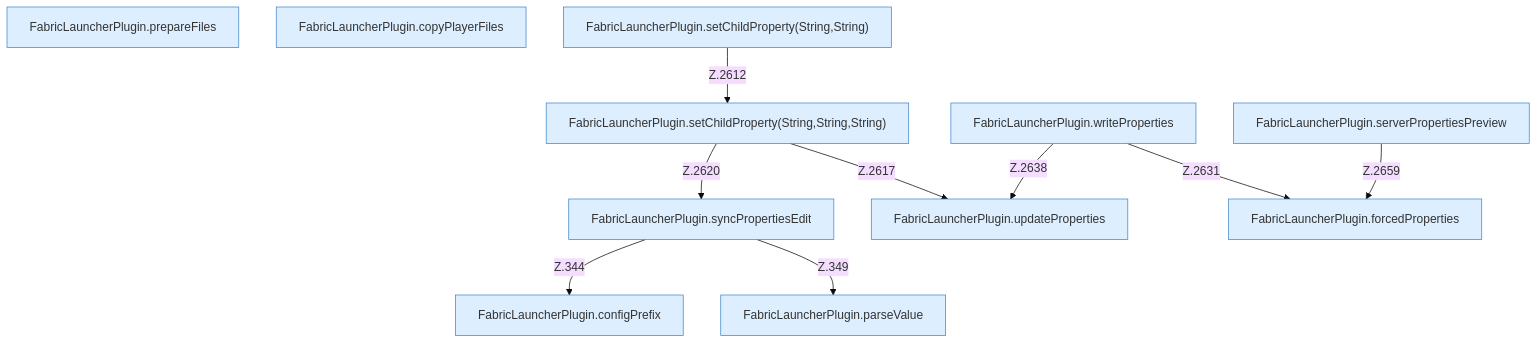
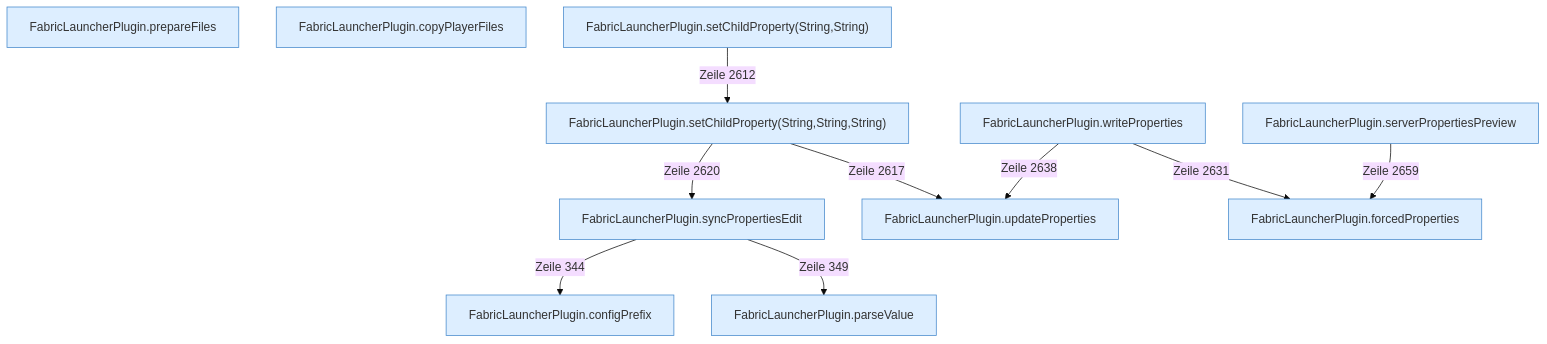
The diagram in Properties.md (PrinceDiamant/minecraft-serverhoster-plugin), drawn with Mermaid (base theme) before and after one commit. The commit also changed other lines of this file and 2005 other files, not shown here.

````diff
--- a/Properties.md
+++ b/Properties.md
@@ -5,24 +5,24 @@
 ```mermaid
 flowchart TD
   n1["FabricLauncherPlugin.syncPropertiesEdit"]:::internal-link
   n2["FabricLauncherPlugin.configPrefix"]:::internal-link
   n3["FabricLauncherPlugin.prepareFiles"]:::internal-link
   n4["FabricLauncherPlugin.copyPlayerFiles"]:::internal-link
   n5["FabricLauncherPlugin.parseValue"]:::internal-link
   n6["FabricLauncherPlugin.setChildProperty(String,String)"]:::internal-link
   n7["FabricLauncherPlugin.setChildProperty(String,String,String)"]:::internal-link
   n8["FabricLauncherPlugin.updateProperties"]:::internal-link
   n9["FabricLauncherPlugin.writeProperties"]:::internal-link
   n10["FabricLauncherPlugin.forcedProperties"]:::internal-link
   n11["FabricLauncherPlugin.serverPropertiesPreview"]:::internal-link
-  n1 -->|"Z.344"| n2
-  n1 -->|"Z.349"| n5
-  n6 -->|"Z.2612"| n7
-  n7 -->|"Z.2617"| n8
-  n7 -->|"Z.2620"| n1
-  n9 -->|"Z.2631"| n10
-  n9 -->|"Z.2638"| n8
-  n11 -->|"Z.2659"| n10
+  n1 -->|"Zeile 344"| n2
+  n1 -->|"Zeile 349"| n5
+  n6 -->|"Zeile 2612"| n7
+  n7 -->|"Zeile 2617"| n8
+  n7 -->|"Zeile 2620"| n1
+  n9 -->|"Zeile 2631"| n10
+  n9 -->|"Zeile 2638"| n8
+  n11 -->|"Zeile 2659"| n10
   classDef internal-link fill:#ddeeff,stroke:#4488cc
   classDef befund fill:#f88
 ```
````
